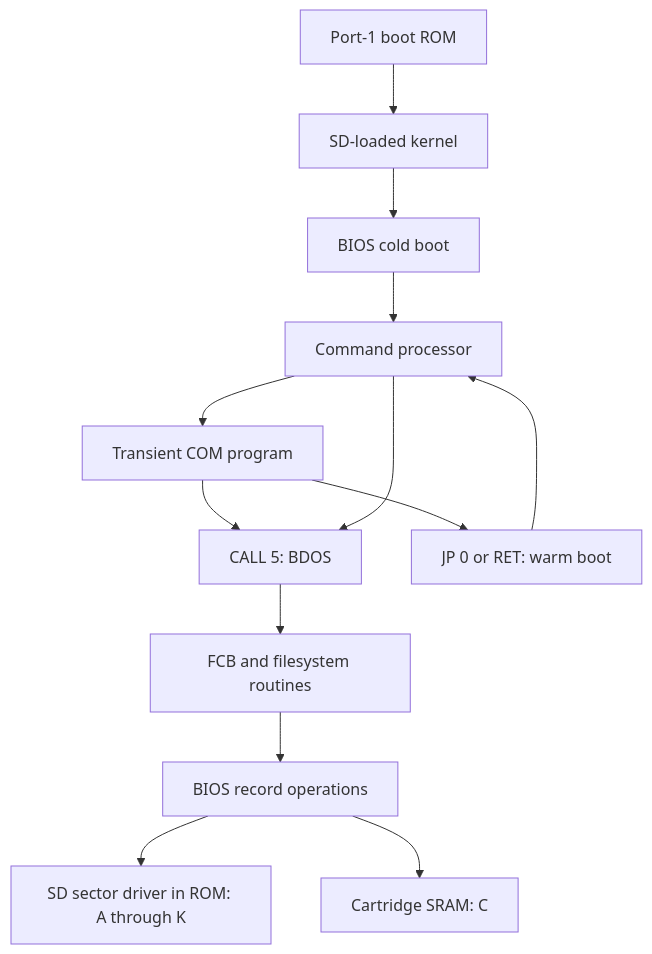
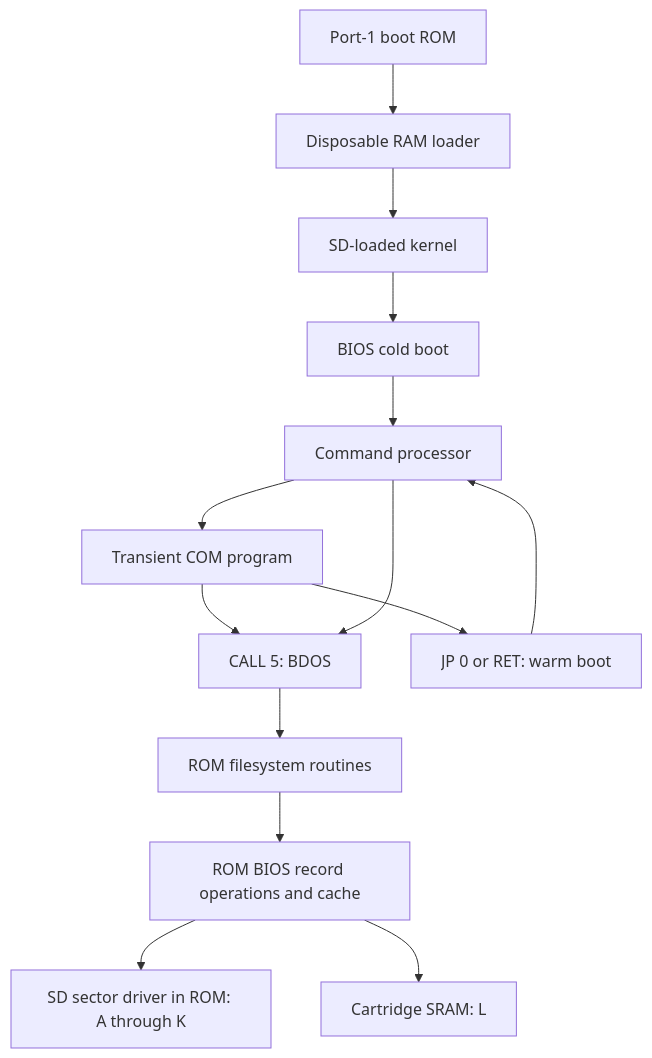
One commit to ifilot/p2000m-cpm changed the diagram in docs/source-guide.md. Above: the diagram before and after it, drawn with Mermaid. The commit also changed other lines of this file and 27 other files, not shown here.

````diff
--- a/docs/source-guide.md
+++ b/docs/source-guide.md
@@ -11,15 +11,16 @@
 ```mermaid
 flowchart TD
-    ROM[Port-1 boot ROM] --> Kernel[SD-loaded kernel]
+    ROM[Port-1 boot ROM] --> Loader[Disposable RAM loader]
+    Loader --> Kernel[SD-loaded kernel]
     Kernel --> Cold[BIOS cold boot]
     Cold --> CCP[Command processor]
     CCP --> COM[Transient COM program]
     COM --> BDOS[CALL 5: BDOS]
     CCP --> BDOS
-    BDOS --> FS[FCB and filesystem routines]
-    FS --> BIOS[BIOS record operations]
+    BDOS --> FS[ROM filesystem routines]
+    FS --> BIOS[ROM BIOS record operations and cache]
     BIOS --> SD[SD sector driver in ROM: A through K]
-    BIOS --> RAM[Cartridge SRAM: C]
+    BIOS --> RAM[Cartridge SRAM: L]
     COM --> Warm[JP 0 or RET: warm boot]
     Warm --> CCP
 ```
````
